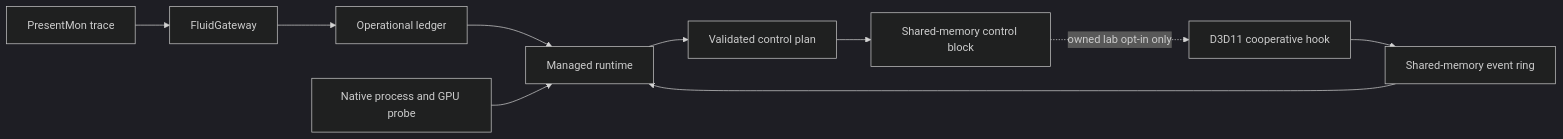
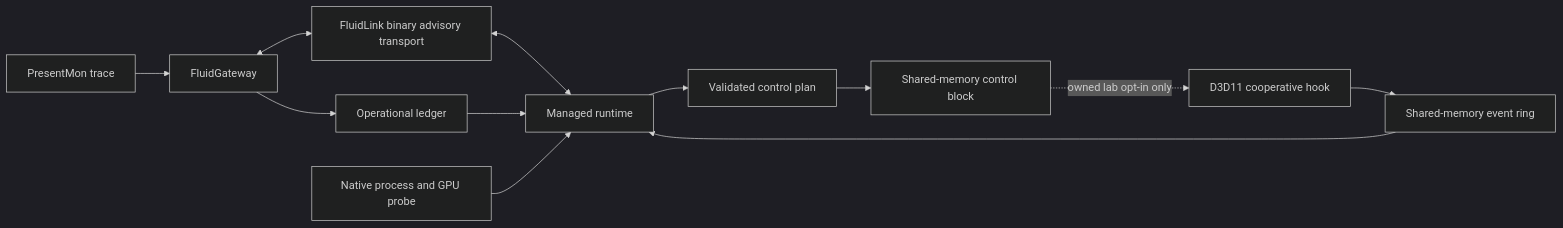
Before and after one commit to maxhuntert1414-max/FluidRuntime: the diagram in docs/architecture.md, drawn with Mermaid (dark theme). The commit also changed other lines of this file and 22 other files, not shown here.

Commit message:
feat: add FluidLink binary transport library

````diff
--- a/docs/architecture.md
+++ b/docs/architecture.md
@@ -8,12 +8,14 @@
 ```mermaid
 flowchart LR
     PM[PresentMon trace] --> FG[FluidGateway]
     FG --> L[Operational ledger]
-    L --> MR[Managed runtime]
+    FG <--> FL[FluidLink binary advisory transport]
+    FL <--> MR[Managed runtime]
+    L --> MR
     NP[Native process and GPU probe] --> MR
     D3D[D3D11 cooperative hook] --> R[Shared-memory event ring]
     R --> MR
     MR --> P[Validated control plan]
     P --> C[Shared-memory control block]
     C -. owned lab opt-in only .-> D3D
 ```
````
